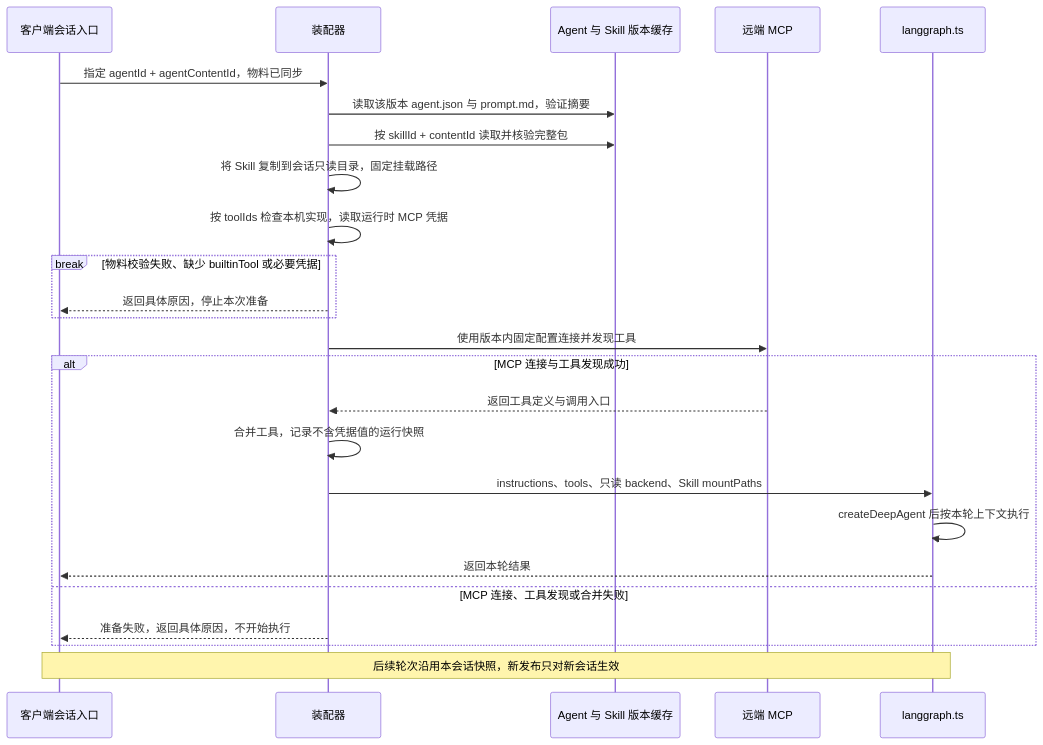
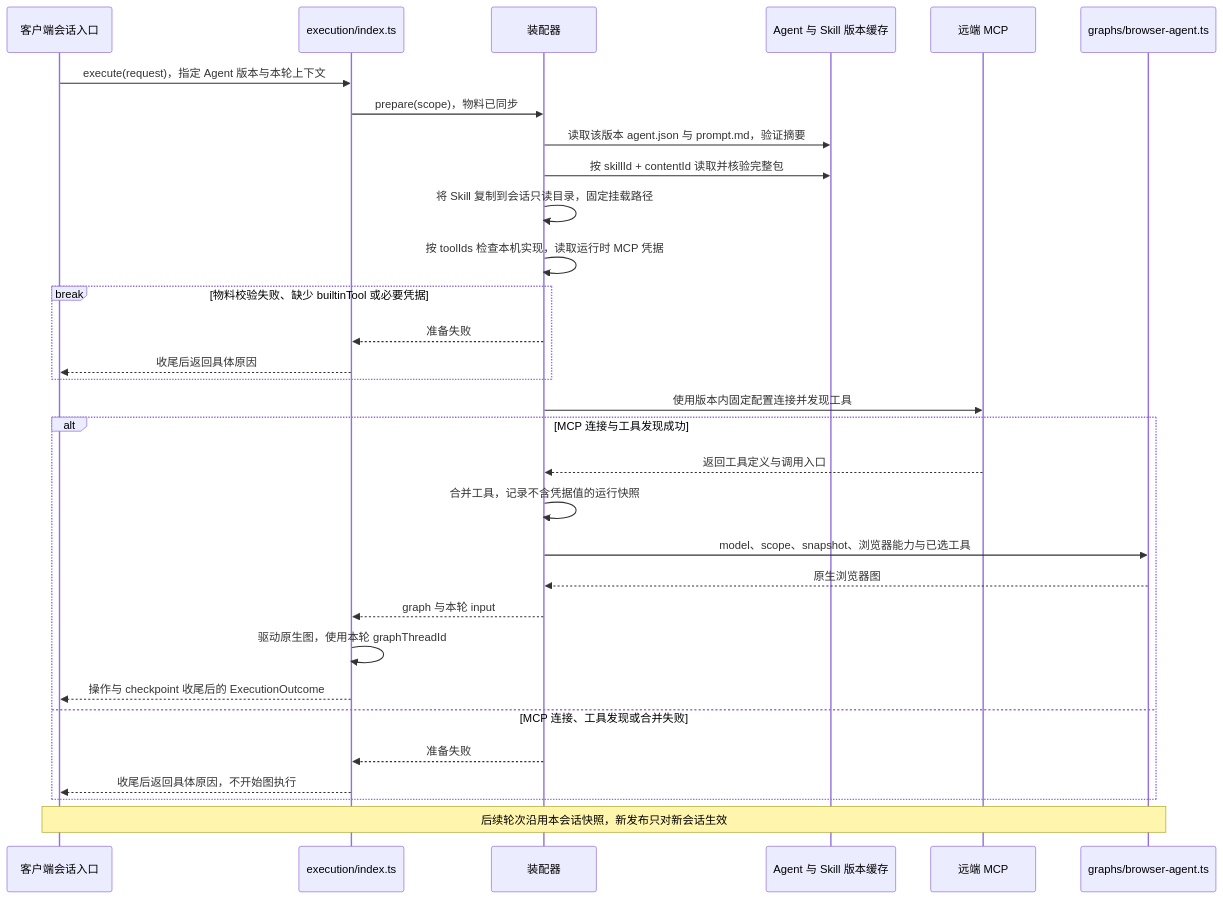
The second of 2 diagrams in docs/agent-version-layout.md (time-gift24/omniops-bots), drawn with Mermaid before and after one commit. The commit also changed other lines of this file and 10 other files, not shown here.

First line of the commit message:
Document desktop graph execution and SQLite persistence

````diff
--- a/docs/agent-version-layout.md
+++ b/docs/agent-version-layout.md
@@ -149,27 +149,33 @@
 ```mermaid
 sequenceDiagram
     participant C as 客户端会话入口
+    participant E as execution/index.ts
     participant A as 装配器
     participant FS as Agent 与 Skill 版本缓存
     participant M as 远端 MCP
-    participant G as langgraph.ts
-    C->>A: 指定 agentId + agentContentId，物料已同步
+    participant G as graphs/browser-agent.ts
+    C->>E: execute(request)，指定 Agent 版本与本轮上下文
+    E->>A: prepare(scope)，物料已同步
     A->>FS: 读取该版本 agent.json 与 prompt.md，验证摘要
     A->>FS: 按 skillId + contentId 读取并核验完整包
     A->>A: 将 Skill 复制到会话只读目录，固定挂载路径
     A->>A: 按 toolIds 检查本机实现，读取运行时 MCP 凭据
     break 物料校验失败、缺少 builtinTool 或必要凭据
-        A-->>C: 返回具体原因，停止本次准备
+        A-->>E: 准备失败
+        E-->>C: 收尾后返回具体原因
     end
     A->>M: 使用版本内固定配置连接并发现工具
     alt MCP 连接与工具发现成功
         M-->>A: 返回工具定义与调用入口
         A->>A: 合并工具，记录不含凭据值的运行快照
-        A->>G: instructions、tools、只读 backend、Skill mountPaths
-        G->>G: createDeepAgent 后按本轮上下文执行
-        G-->>C: 返回本轮结果
+        A->>G: model、scope、snapshot、浏览器能力与已选工具
+        G-->>A: 原生浏览器图
+        A-->>E: graph 与本轮 input
+        E->>E: 驱动原生图，使用本轮 graphThreadId
+        E-->>C: 操作与 checkpoint 收尾后的 ExecutionOutcome
     else MCP 连接、工具发现或合并失败
-        A-->>C: 准备失败，返回具体原因，不开始执行
+        A-->>E: 准备失败
+        E-->>C: 收尾后返回具体原因，不开始图执行
     end
     Note over C,G: 后续轮次沿用本会话快照，新发布只对新会话生效
 ```
````
